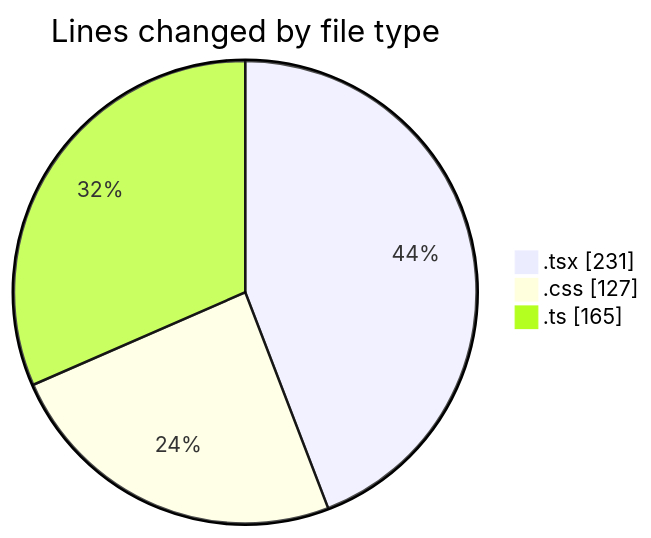
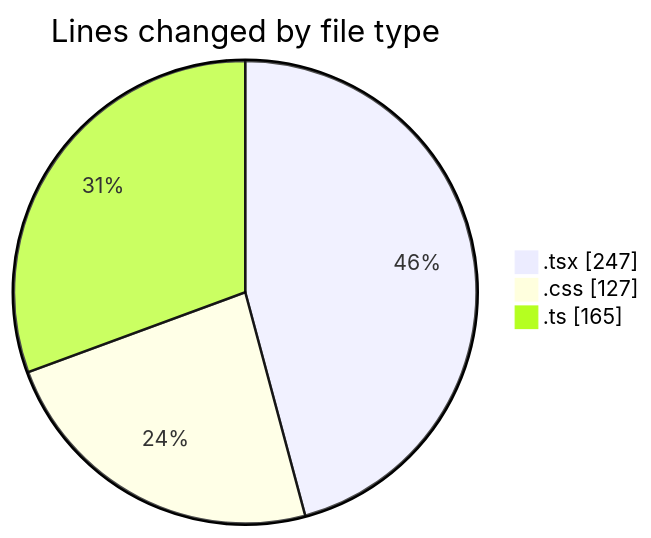
One commit to robertbonfada/code-tracking changed the first of 2 diagrams in 2025-01-09/mbc-web/README.md. Above: the diagram before and after it, drawn with Mermaid. The commit also changed other lines of this file and 1 other file, not shown here.

````diff
--- a/2025-01-09/mbc-web/README.md
+++ b/2025-01-09/mbc-web/README.md
@@ -30,7 +30,7 @@
 ```mermaid
 pie showData
 title Lines changed by file type
-".tsx" : 231
+".tsx" : 247
 ".css" : 127
 ".ts" : 165
 ```
````
